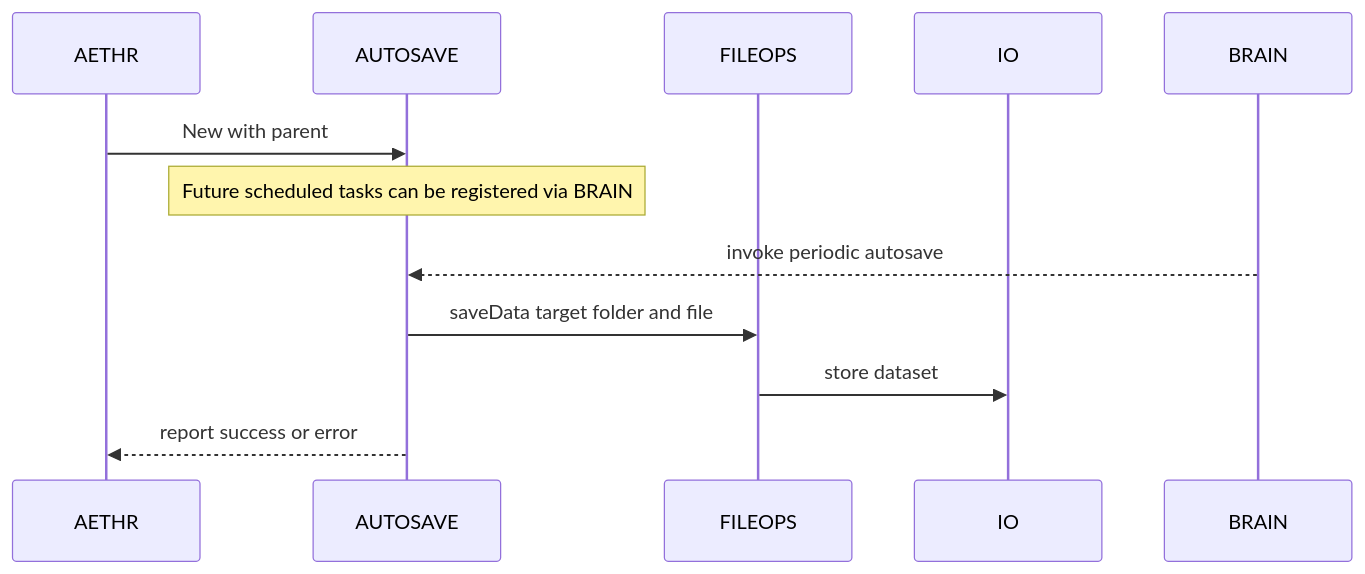
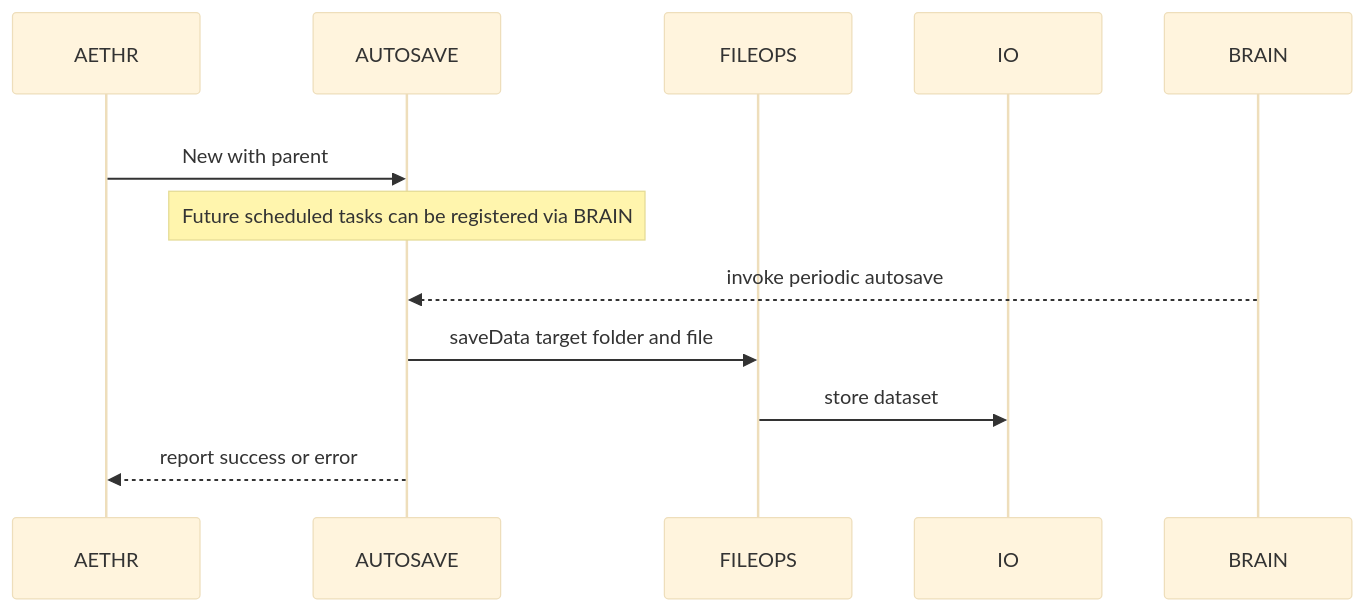
One commit to Gh0st352/AETHR changed the second of 3 diagrams in docs/autosave/README.md. Above: the diagram before and after it, drawn with Mermaid. The commit also changed other lines of this file, not shown here.

Commit message:
docs: enhance injection lifecycle and autosave flow diagrams for clarity and structure

````diff
--- a/docs/autosave/README.md
+++ b/docs/autosave/README.md
@@ -39,14 +51,17 @@
 ```mermaid
+%%{init: {"theme":"base"}}%%
 sequenceDiagram
-  participant A as AETHR
-  participant AU as AUTOSAVE
-  participant F as FILEOPS
-  participant IO as IO
-  participant BR as BRAIN
-  A->>AU: New with parent
-  note over AU: Future scheduled tasks can be registered via BRAIN
-  BR-->>AU: invoke periodic autosave
-  AU->>F: saveData target folder and file
-  F->>IO: store dataset
-  AU-->>A: report success or error
+  rect rgba(255,255,255,0.75)
+    participant A as AETHR
+    participant AU as AUTOSAVE
+    participant F as FILEOPS
+    participant IO as IO
+    participant BR as BRAIN
+    A->>AU: New with parent
+    note over AU: Future scheduled tasks can be registered via BRAIN
+    BR-->>AU: invoke periodic autosave
+    AU->>F: saveData target folder and file
+    F->>IO: store dataset
+    AU-->>A: report success or error
+  end
 ```
````
